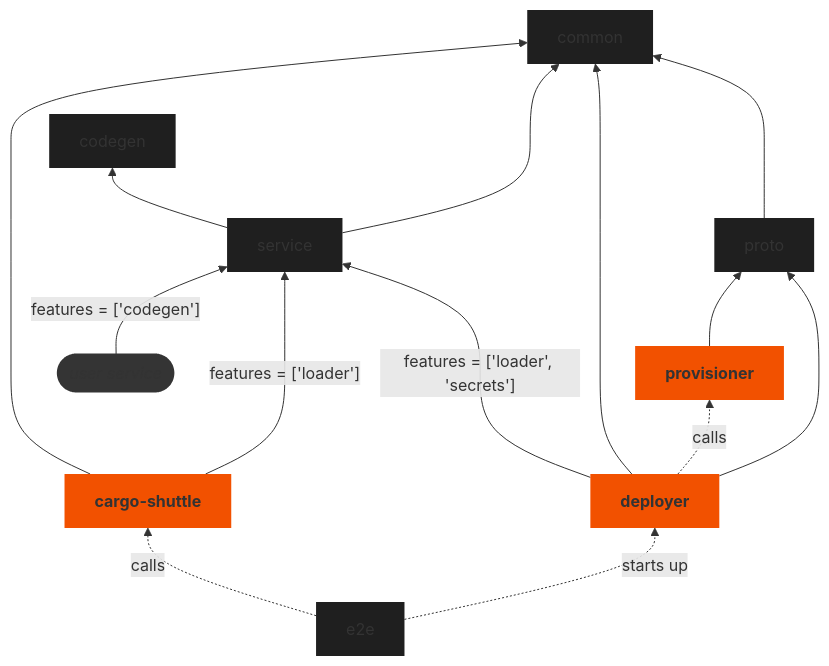
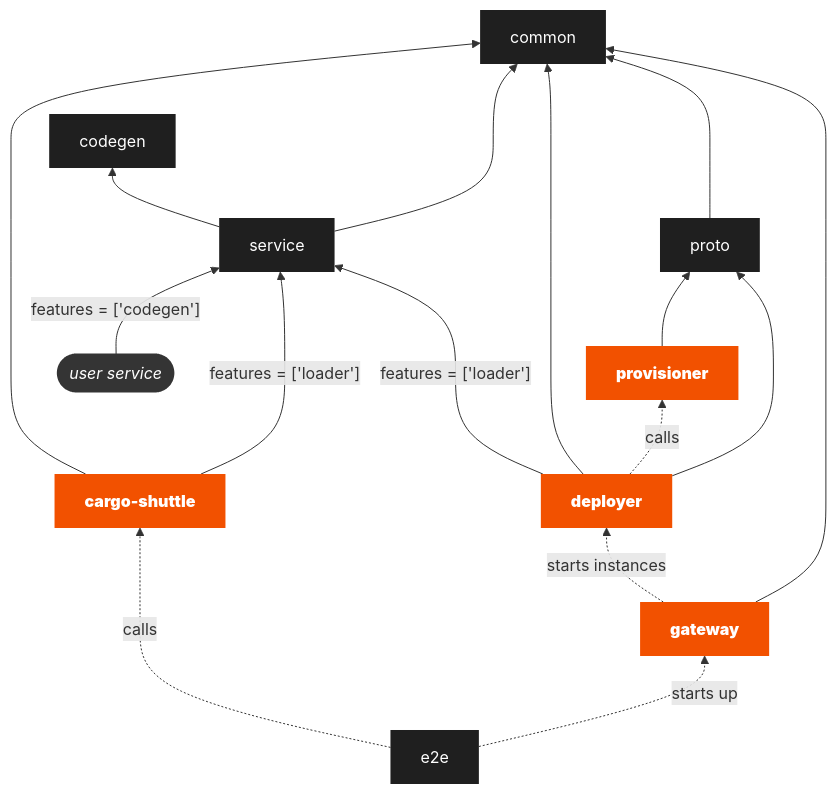
Before and after one commit to shuttle-hq/shuttle: the diagram in CONTRIBUTING.md, drawn with Mermaid. The commit also changed other lines of this file, not shown here.

Commit message:
docs: update Contributing docs with gateway

````diff
--- a/CONTRIBUTING.md
+++ b/CONTRIBUTING.md
@@ -104,29 +116,32 @@
 ```mermaid
 graph BT
-    classDef default fill:#1f1f1f,stroke-width:0;
-    classDef binary fill:#f25100,font-weight:bold,stroke-width:0;
-    classDef external fill:#343434,font-style:italic,stroke:#f25100;
+    classDef default fill:#1f1f1f,stroke-width:0,color:white;
+    classDef binary fill:#f25100,font-weight:bolder,stroke-width:0,color:white;
+    classDef external fill:#343434,font-style:italic,stroke:#f25100,color:white;
 
     deployer:::binary
     cargo-shuttle:::binary
     common
     codegen
     e2e
     proto
     provisioner:::binary
     service
+    gateway:::binary
     user([user service]):::external
+    gateway --> common
+    gateway -.->|starts instances| deployer
     deployer --> proto
     deployer -.->|calls| provisioner
     service ---> common
     deployer --> common
     cargo-shuttle --->|"features = ['loader']"| service
-    deployer -->|"features = ['loader', 'secrets']"| service
+    deployer -->|"features = ['loader']"| service
     cargo-shuttle --> common
     service --> codegen
     proto ---> common
     provisioner --> proto
-    e2e -.->|starts up| deployer
+    e2e -.->|starts up| gateway
     e2e -.->|calls| cargo-shuttle
     user -->|"features = ['codegen']"| service
 ```
````
